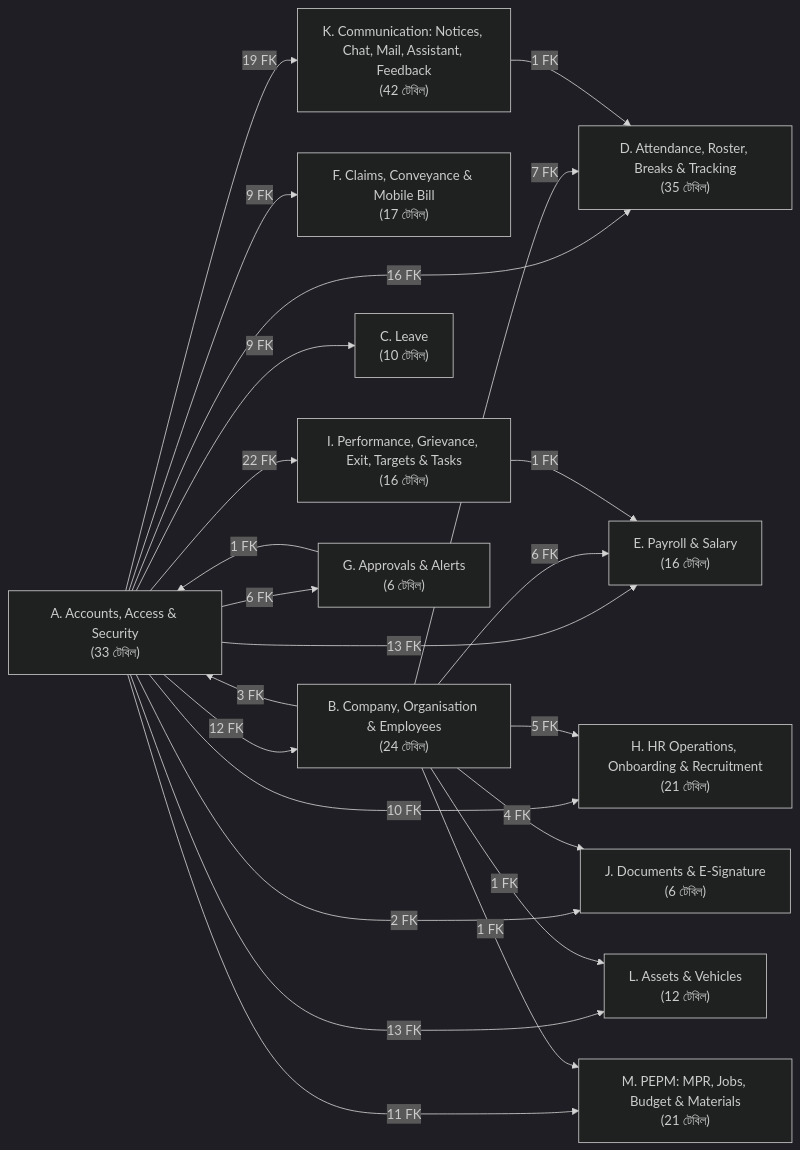
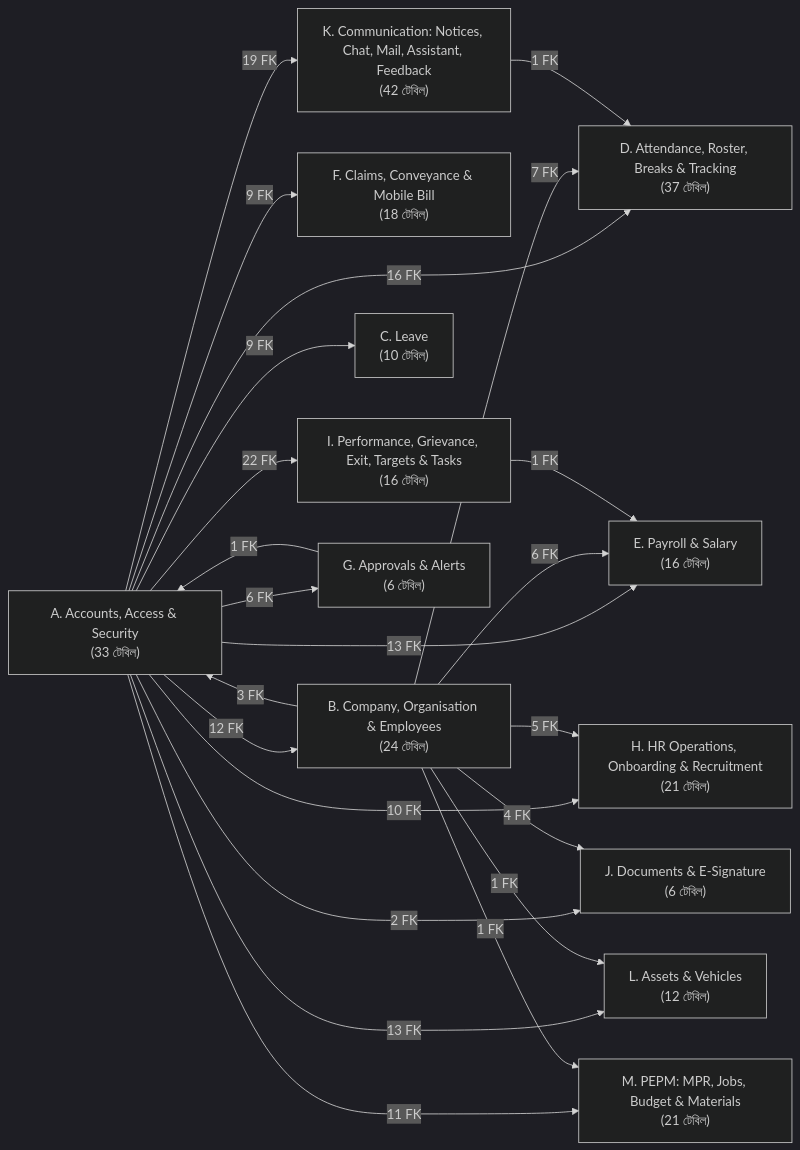
The diagram in docs/architecture/database/diagrams/00-module-map.mmd (ruhulamencredence/CredenceHR), drawn with Mermaid (dark theme) before and after one commit. The commit also changed 58 other files, not shown here.

```diff
--- a/docs/architecture/database/diagrams/00-module-map.mmd
+++ b/docs/architecture/database/diagrams/00-module-map.mmd
@@ -1,36 +1,36 @@
 flowchart LR
   K["K. Communication: Notices, Chat, Mail, Assistant, Feedback<br/>(42 টেবিল)"]
   H["H. HR Operations, Onboarding & Recruitment<br/>(21 টেবিল)"]
-  D["D. Attendance, Roster, Breaks & Tracking<br/>(35 টেবিল)"]
+  D["D. Attendance, Roster, Breaks & Tracking<br/>(37 টেবিল)"]
   A["A. Accounts, Access & Security<br/>(33 টেবিল)"]
   M["M. PEPM: MPR, Jobs, Budget & Materials<br/>(21 টেবিল)"]
-  F["F. Claims, Conveyance & Mobile Bill<br/>(17 টেবিল)"]
+  F["F. Claims, Conveyance & Mobile Bill<br/>(18 টেবিল)"]
   B["B. Company, Organisation & Employees<br/>(24 টেবিল)"]
   C["C. Leave<br/>(10 টেবিল)"]
   L["L. Assets & Vehicles<br/>(12 টেবিল)"]
   J["J. Documents & E-Signature<br/>(6 টেবিল)"]
   E["E. Payroll & Salary<br/>(16 টেবিল)"]
   I["I. Performance, Grievance, Exit, Targets & Tasks<br/>(16 টেবিল)"]
   G["G. Approvals & Alerts<br/>(6 টেবিল)"]
   A -->|12 FK| B
   A -->|9 FK| C
   A -->|16 FK| D
   A -->|13 FK| E
   A -->|9 FK| F
   A -->|6 FK| G
   A -->|10 FK| H
   A -->|22 FK| I
   A -->|2 FK| J
   A -->|19 FK| K
   A -->|13 FK| L
   A -->|11 FK| M
   B -->|3 FK| A
   B -->|7 FK| D
   B -->|6 FK| E
   B -->|5 FK| H
   B -->|4 FK| J
   B -->|1 FK| L
   B -->|1 FK| M
   G -->|1 FK| A
   I -->|1 FK| E
   K -->|1 FK| D
```
